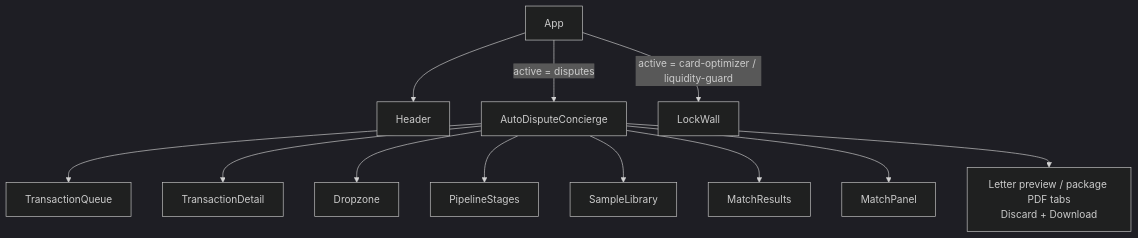
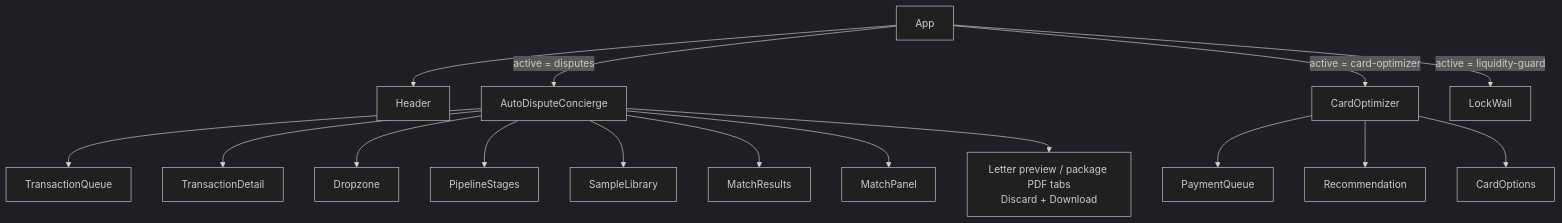
The third of 8 diagrams in docs/ARCHITECTURE.md (rajatrao/payment_intelligence), drawn with Mermaid (dark theme) before and after one commit. The commit also changed other lines of this file and 10 other files, not shown here.

First line of the commit message:
Add Card Optimizer module

````diff
--- a/docs/ARCHITECTURE.md
+++ b/docs/ARCHITECTURE.md
@@ -151,14 +158,18 @@
 ```mermaid
 flowchart TB
     App --> Header
     App -->|"active = disputes"| ADC["AutoDisputeConcierge"]
-    App -->|"active = card-optimizer / liquidity-guard"| LockWall
+    App -->|"active = card-optimizer"| CO["CardOptimizer"]
+    App -->|"active = liquidity-guard"| LockWall
+    CO --> PQ["PaymentQueue"]
+    CO --> Rec["Recommendation"]
+    CO --> Opts["CardOptions"]
     ADC --> Queue["TransactionQueue"]
     ADC --> Detail["TransactionDetail"]
     ADC --> Dropzone
     ADC --> PipelineStages
     ADC --> SampleLibrary
     ADC --> MatchResults
     ADC --> MatchPanel
     ADC --> Preview["Letter preview / package PDF tabs<br/>Discard + Download"]
 ```
````
